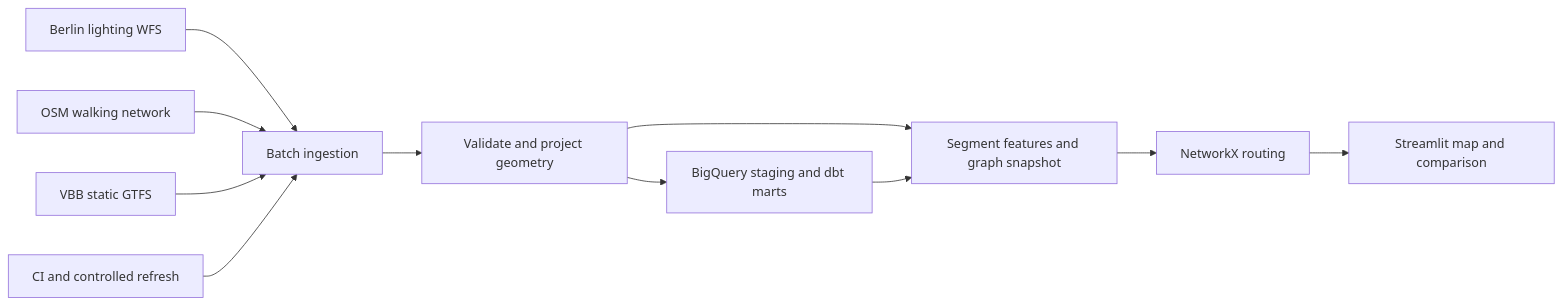
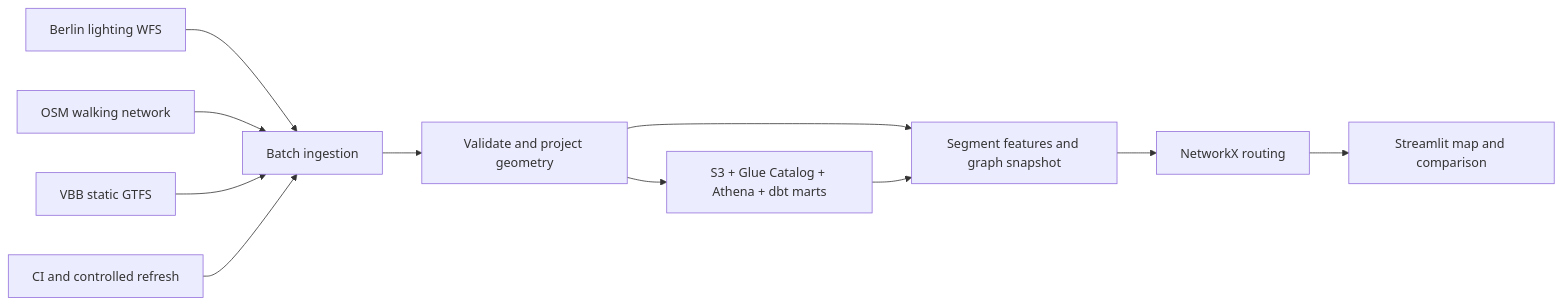
One commit to IshmitaBasu/HerRoute changed the diagram in docs/architecture.md. Above: the diagram before and after it, drawn with Mermaid. The commit also changed other lines of this file and 10 other files, not shown here.

````diff
--- a/docs/architecture.md
+++ b/docs/architecture.md
@@ -5,13 +5,13 @@
 ```mermaid
 flowchart LR
   A[Berlin lighting WFS] --> B[Batch ingestion]
   C[OSM walking network] --> B
   D[VBB static GTFS] --> B
   B --> E[Validate and project geometry]
   E --> F[Segment features and graph snapshot]
-  E --> G[BigQuery staging and dbt marts]
+  E --> G[S3 + Glue Catalog + Athena + dbt marts]
   G --> F
   F --> H[NetworkX routing]
   H --> I[Streamlit map and comparison]
   J[CI and controlled refresh] --> B
 ```
````
